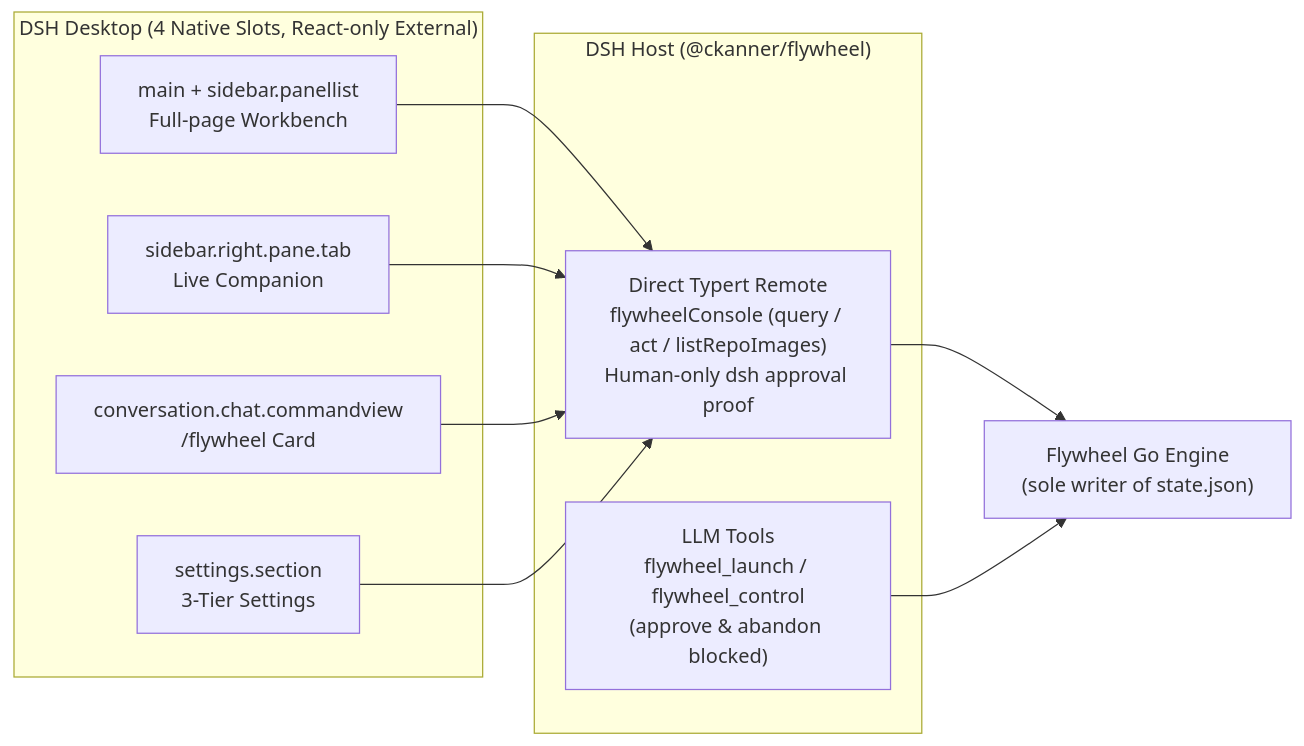
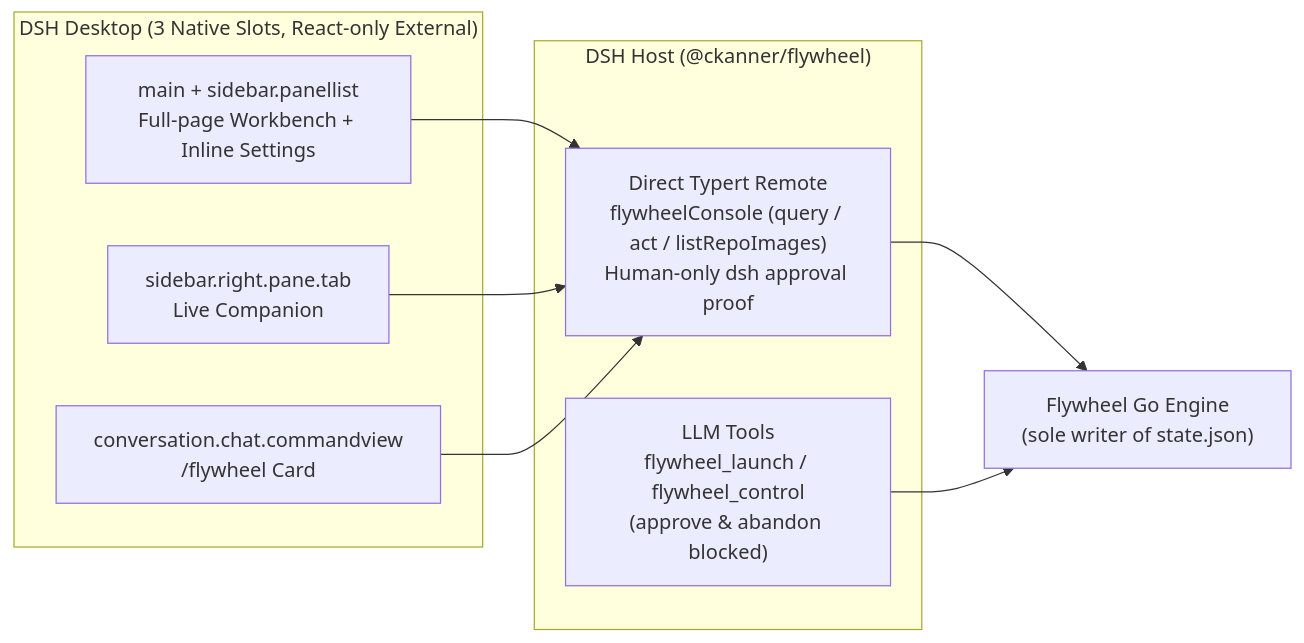
One commit to ckanner/flywheel changed the diagram in docs/en/flow-console.md. Above: the diagram before and after it, drawn with Mermaid. The commit also changed other lines of this file and 12 other files, not shown here.

Commit message:
feat: remove duplicate DSH settings slot and add concurrency/timeout/retry controls (v0.39.5)

````diff
--- a/docs/en/flow-console.md
+++ b/docs/en/flow-console.md
@@ -14,23 +15,21 @@
 ```mermaid
 flowchart LR
-  subgraph DSH["DSH Desktop (4 Native Slots, React-only External)"]
-    S1["main + sidebar.panellist\nFull-page Workbench"]
+  subgraph DSH["DSH Desktop (3 Native Slots, React-only External)"]
+    S1["main + sidebar.panellist\nFull-page Workbench + Inline Settings"]
     S2["sidebar.right.pane.tab\nLive Companion"]
     S3["conversation.chat.commandview\n/flywheel Card"]
-    S4["settings.section\n3-Tier Settings"]
   end
 
   subgraph HOST["DSH Host (@ckanner/flywheel)"]
     RPC["Direct Typert Remote\nflywheelConsole (query / act / listRepoImages)\nHuman-only dsh approval proof"]
     TOOLS["LLM Tools\nflywheel_launch / flywheel_control\n(approve & abandon blocked)"]
   end
 
   GO["Flywheel Go Engine\n(sole writer of state.json)"]
 
   S1 --> RPC
   S2 --> RPC
   S3 --> RPC
-  S4 --> RPC
   RPC --> GO
   TOOLS --> GO
 ```
````
